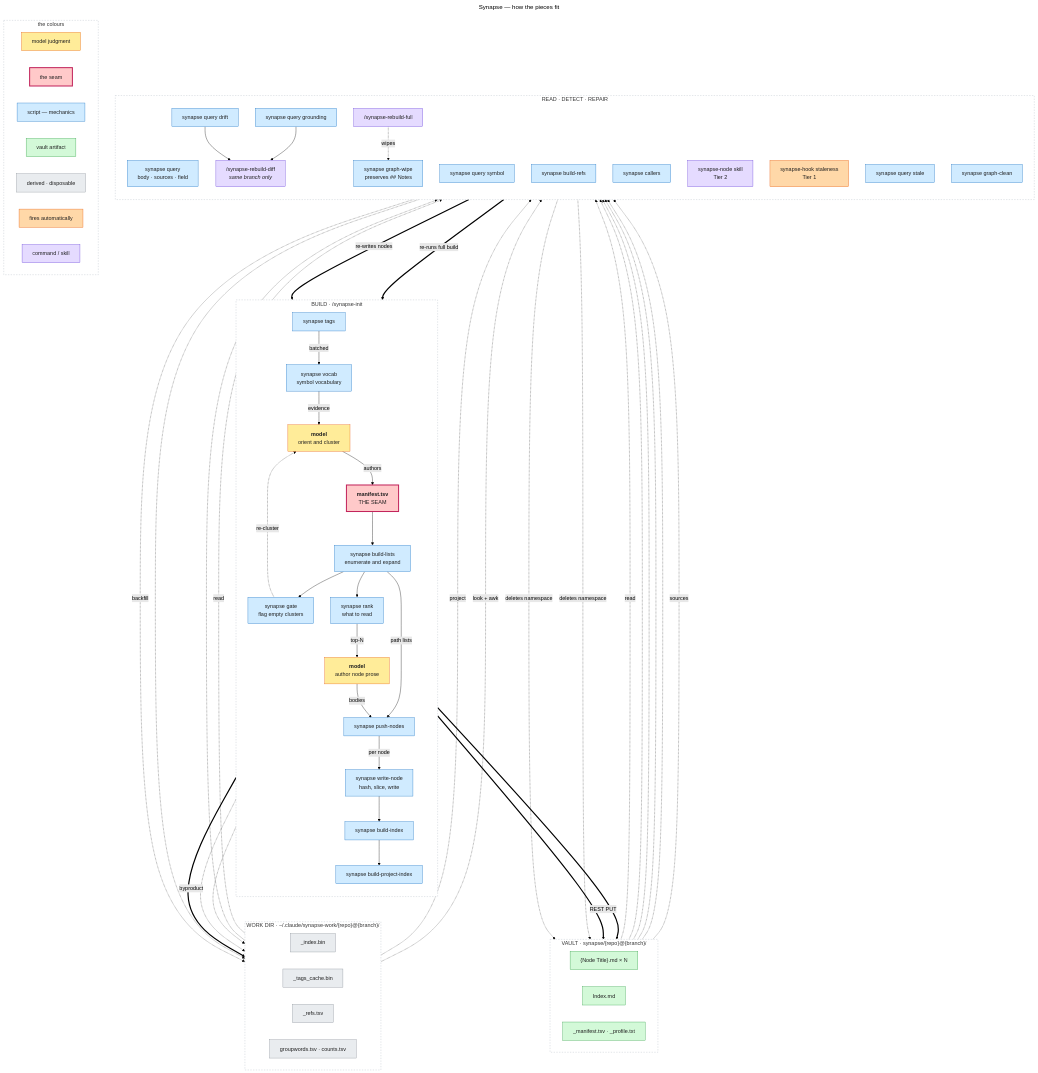
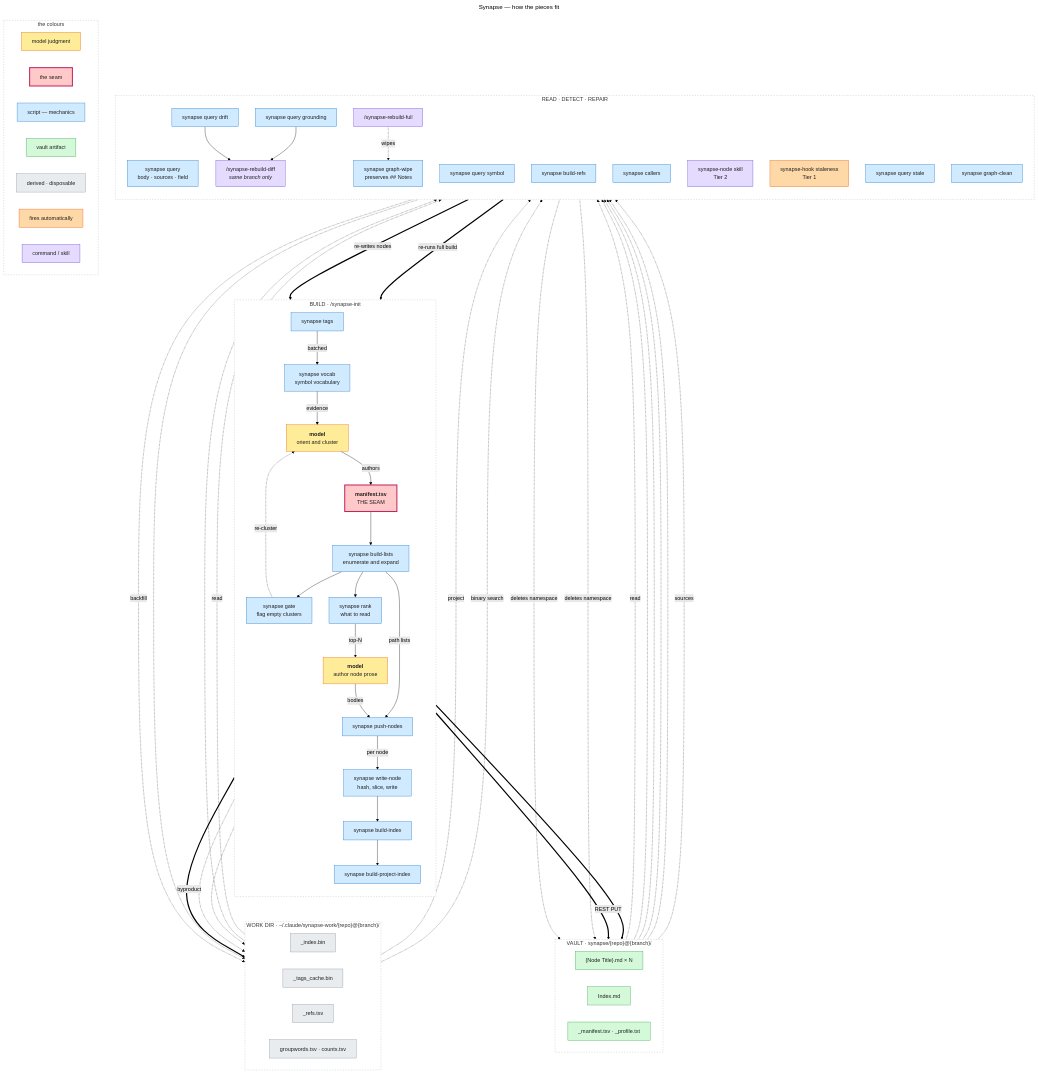
One commit to imunitic/synapse changed the diagram in docs/diagrams/synapse-pipeline.mmd. Above: the diagram before and after it, drawn with Mermaid (forest theme). The commit also changed 14 other files, not shown here.

```diff
--- a/docs/diagrams/synapse-pipeline.mmd
+++ b/docs/diagrams/synapse-pipeline.mmd
@@ -1,154 +1,154 @@
 ---
 title: Synapse — how the pieces fit
 ---
 %% Colour carries the lane: what the MODEL judges, what a SCRIPT executes, what
 %% lands in the VAULT, and what is merely DERIVED into the work dir. Subgraphs
 %% carry the phase.
 %% --
 %% Read the yellow boxes' arrows in both directions and the whole design is
 %% there. Blue enters yellow twice -- vocabulary into clustering, ranked files
 %% into authoring -- and that is the evidence a judgment is made over, derived
 %% mechanically rather than gathered by hand. Yellow leaves for blue twice --
 %% manifest.tsv and the authored bodies -- and that is the seam, the only place
 %% interpretation is handed back to the scripts. Everything else is mechanical.
 %% --
 %% Boxes carry NAMES, not descriptions. What each one actually does lives in the
 %% reference table under this diagram in docs/synapse-graph.md. A box holding four
 %% lines of mechanism is a paragraph in a rectangle: it cannot be read at a glance,
 %% which is the only thing a diagram is better at than prose. Keep labels to a name
 %% plus at most a three-word role, and put the detail in the table.
 %% --
 %% Separator lines are `%% --`, never a bare `%%`: an empty comment swallows the
 %% following newline, so the next line is parsed glued onto it -- a bare `%%`
 %% directly above `flowchart TB` fails with "Parse error on line 1: %%flowchart".
 flowchart TB
     classDef model fill:#ffec99,stroke:#e8590c,color:#1e1e1e
     classDef seam fill:#ffc9c9,stroke:#c2255c,color:#1e1e1e,stroke-width:3px
     classDef script fill:#d0ebff,stroke:#1971c2,color:#1e1e1e
     classDef vault fill:#d3f9d8,stroke:#2f9e44,color:#1e1e1e
     classDef work fill:#e9ecef,stroke:#868e96,color:#1e1e1e
     classDef hook fill:#ffd8a8,stroke:#e8590c,color:#1e1e1e
     classDef cmd fill:#e5dbff,stroke:#6741d9,color:#1e1e1e
 
     subgraph BUILD["BUILD · /synapse-init"]
         direction TB
         TAGS["synapse tags"]
         VOCAB["synapse vocab<br/>symbol vocabulary"]
         ORIENT["<b>model</b><br/>orient and cluster"]
         MANIFEST["<b>manifest.tsv</b><br/>THE SEAM"]
         LISTS["synapse build-lists<br/>enumerate and expand"]
         GATE["synapse gate<br/>flag empty clusters"]
         RANK["synapse rank<br/>what to read"]
         PROSE["<b>model</b><br/>author node prose"]
         PUSH["synapse push-nodes"]
         WRITE["synapse write-node<br/>hash, slice, write"]
         IDX["synapse build-index"]
         PIDX["synapse build-project-index"]
 
         TAGS -->|"batched"| VOCAB
         VOCAB -->|"evidence"| ORIENT
         ORIENT -->|"authors"| MANIFEST
         MANIFEST --> LISTS
         LISTS --> GATE
         GATE -.->|"re-cluster"| ORIENT
         LISTS --> RANK
         RANK -->|"top-N"| PROSE
         LISTS -->|"path lists"| PUSH
         PROSE -->|"bodies"| PUSH
         PUSH -->|"per node"| WRITE
         WRITE --> IDX --> PIDX
     end
 
     subgraph VAULT["VAULT · synapse/{repo}@{branch}/"]
         direction LR
         NODE["{Node Title}.md × N"]
         INDEX["Index.md"]
         AUX["_manifest.tsv · _profile.txt"]
     end
 
     subgraph WORK["WORK DIR · ~/.claude/synapse-work/{repo}@{branch}/"]
         direction LR
         IDXBIN["_index.bin"]
         TAGSCACHE["_tags_cache.bin"]
         REFSIDX["_refs.tsv"]
         WORDS["groupwords.tsv · counts.tsv"]
     end
 
     WRITE ==>|"REST PUT"| NODE
     IDX ==> IDXBIN
     PIDX ==> INDEX
     WRITE -.->|"byproduct"| TAGSCACHE
     VOCAB -.-> WORDS
 
     subgraph USE["READ · DETECT · REPAIR"]
         direction TB
         QUERY["synapse query<br/>body · sources · field"]
         SYMBOL["synapse query symbol"]
         REFS["synapse build-refs"]
         CALLERS["synapse callers"]
         NODESKILL["synapse-node skill<br/>Tier 2"]
         STALE1["synapse-hook staleness<br/>Tier 1"]
         STALE2["synapse query stale"]
         DRIFT["synapse query drift"]
         GROUND["synapse query grounding"]
         REBUILDDIFF["/synapse-rebuild-diff<br/><i>same branch only</i>"]
         REBUILDFULL["/synapse-rebuild-full"]
         CLEAN["synapse graph-clean"]
         WIPE["synapse graph-wipe<br/>preserves ## Notes"]
 
         DRIFT --> REBUILDDIFF
         GROUND --> REBUILDDIFF
         REBUILDFULL -.->|"wipes"| WIPE
     end
 
     NODE -.->|"read"| QUERY
     NODE -.-> NODESKILL
     IDXBIN -.-> STALE1
     NODE -.-> STALE2
     NODE -.-> DRIFT
     NODE -.-> GROUND
     NODE -.->|"sources"| SYMBOL
     TAGSCACHE -.->|"read"| SYMBOL
     SYMBOL -.->|"backfill"| TAGSCACHE
     TAGSCACHE -.->|"project"| REFS
     REFS -.-> REFSIDX
-    REFSIDX -.->|"look + awk"| CALLERS
+    REFSIDX -.->|"binary search"| CALLERS
     REBUILDDIFF ==>|"re-writes nodes"| WRITE
     REBUILDFULL ==>|"re-runs full build"| BUILD
     CLEAN -.->|"deletes namespace"| NODE
     WIPE -.->|"deletes namespace"| NODE
 
     class ORIENT,PROSE model
     class MANIFEST seam
     class LISTS,PUSH,WRITE,IDX,PIDX,TAGS,VOCAB,GATE,RANK,QUERY,SYMBOL,REFS,CALLERS,STALE2,DRIFT,GROUND,CLEAN,WIPE script
     class NODE,INDEX,AUX vault
     class IDXBIN,TAGSCACHE,REFSIDX,WORDS work
     class STALE1 hook
     class REBUILDDIFF,REBUILDFULL,NODESKILL cmd
 
     subgraph KEY["the colours"]
         direction LR
         K1["model judgment"]
         K2["the seam"]
         K3["script — mechanics"]
         K4["vault artifact"]
         K7["derived · disposable"]
         K5["fires automatically"]
         K6["command / skill"]
     end
     class K1 model
     class K2 seam
     class K3 script
     class K4 vault
     class K7 work
     class K5 hook
     class K6 cmd
 
     %% Neutral subgraph fills: the default pale yellow competes with the model
     %% lane's own yellow, and the point of the palette is that the lane is
     %% readable at a glance.
     style BUILD fill:#ffffff,stroke:#adb5bd,stroke-dasharray:4 4
     style VAULT fill:#ffffff,stroke:#adb5bd,stroke-dasharray:4 4
     style WORK fill:#ffffff,stroke:#adb5bd,stroke-dasharray:4 4
     style USE fill:#ffffff,stroke:#adb5bd,stroke-dasharray:4 4
     style KEY fill:#ffffff,stroke:#adb5bd,stroke-dasharray:4 4
```
